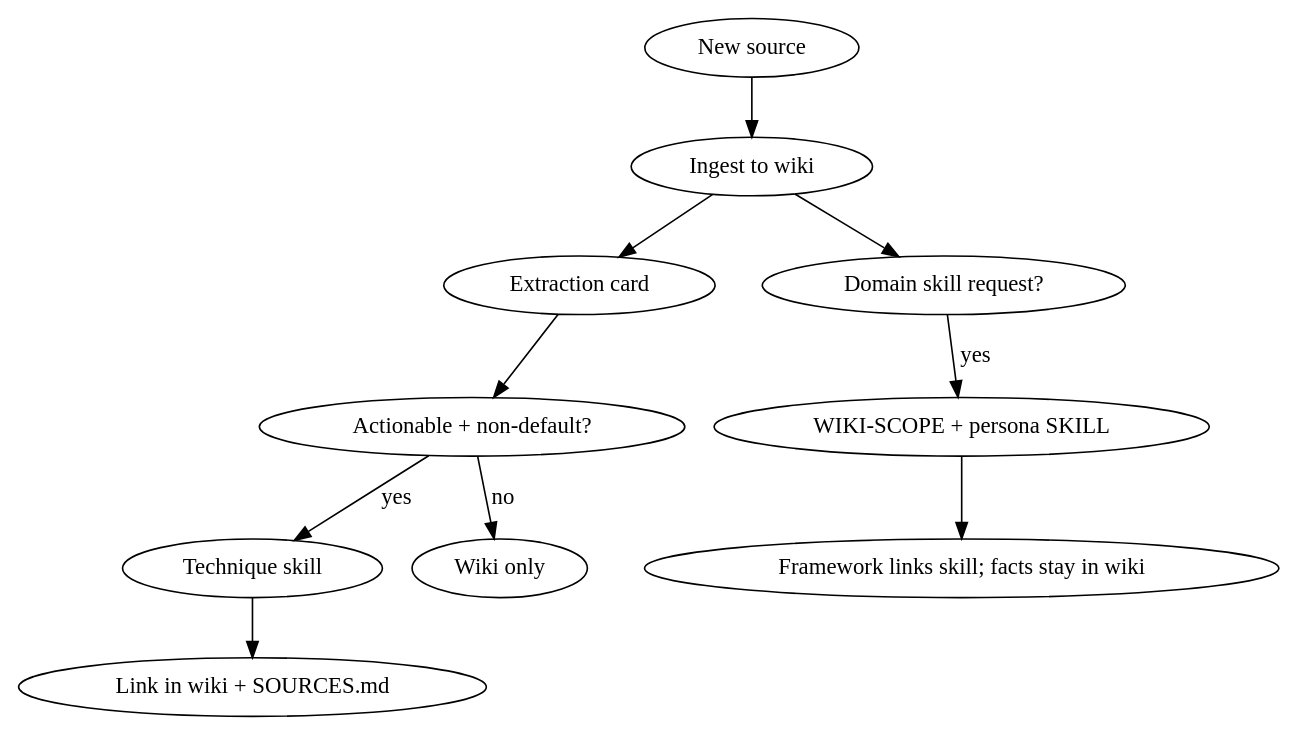
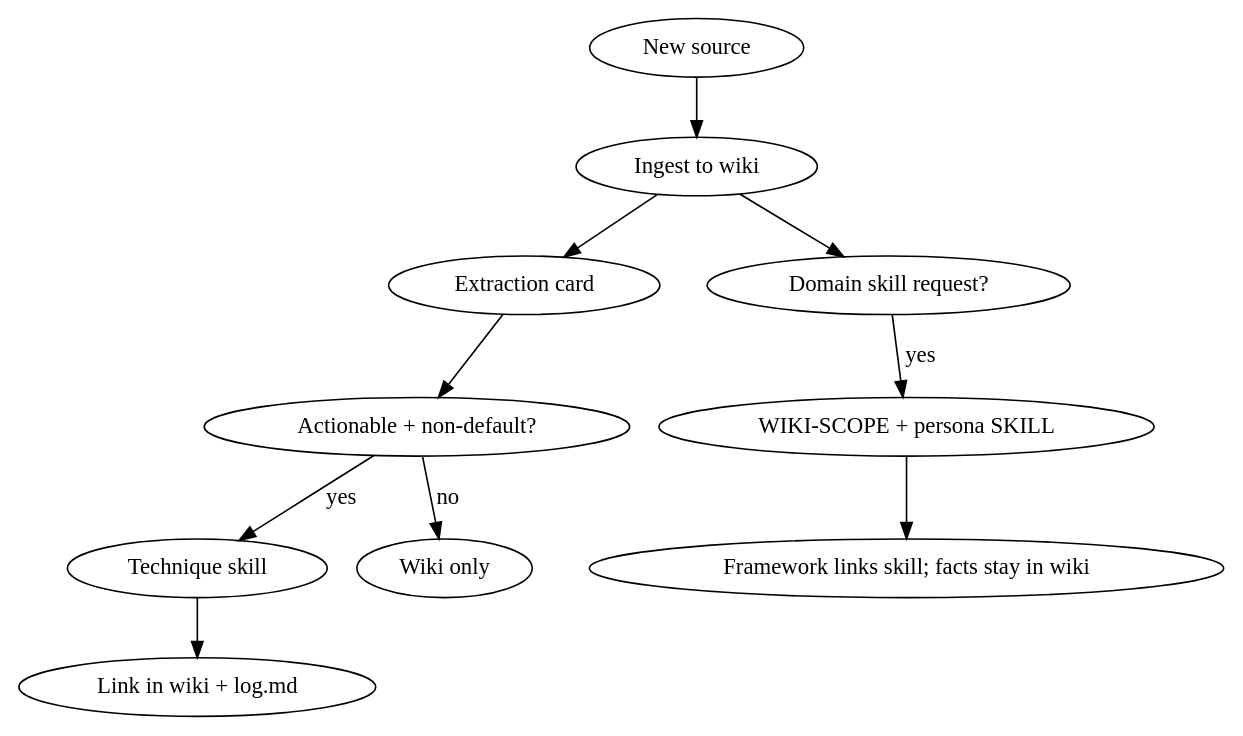
Before and after one commit to dylanchen1925/zhuomo: the diagram in KNOWLEDGE-BASE.md, drawn with Graphviz. The commit also changed 10 other files, not shown here.

````diff
--- a/KNOWLEDGE-BASE.md
+++ b/KNOWLEDGE-BASE.md
@@ -296,13 +296,13 @@
 ```dot
 digraph bridge {
   "New source" -> "Ingest to wiki";
   "Ingest to wiki" -> "Extraction card";
   "Extraction card" -> "Actionable + non-default?" [shape=diamond];
   "Actionable + non-default?" -> "Technique skill" [label="yes"];
   "Actionable + non-default?" -> "Wiki only" [label="no"];
   "Ingest to wiki" -> "Domain skill request?" [shape=diamond];
   "Domain skill request?" -> "WIKI-SCOPE + persona SKILL" [label="yes"];
-  "Technique skill" -> "Link in wiki + SOURCES.md";
+  "Technique skill" -> "Link in wiki + log.md";
   "WIKI-SCOPE + persona SKILL" -> "Framework links skill; facts stay in wiki";
 }
 ```
````
